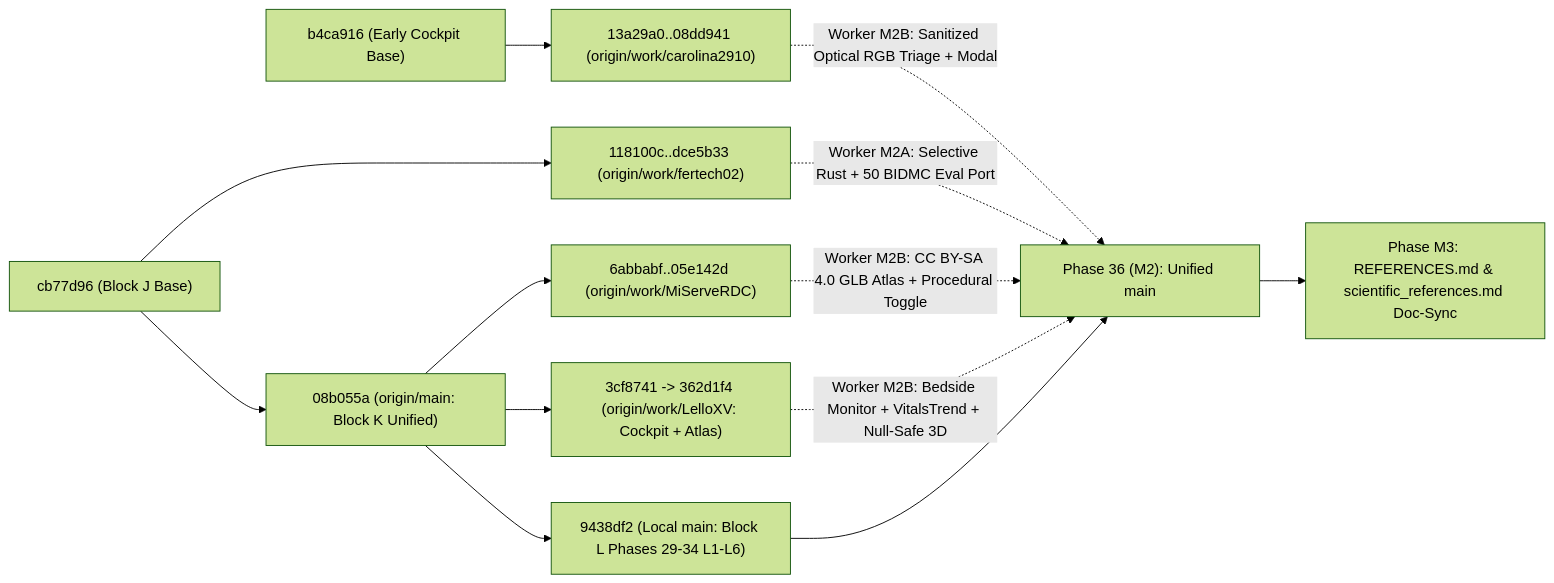
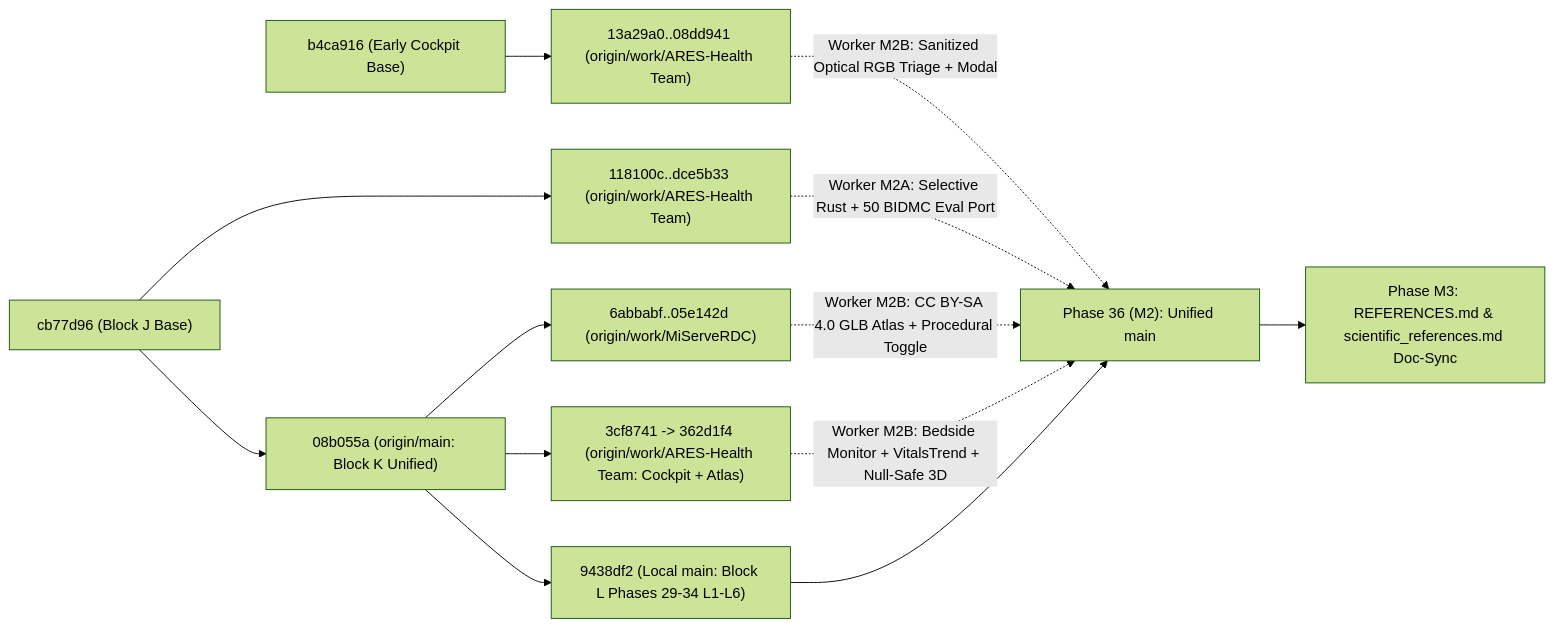
Before and after one commit to MiServeRDC/nasa-space-apps-2026: the first of 3 diagrams in docs/plans/BLOCK_M_MULTI_BRANCH_MERGE_EVALUATION_AND_PATCH_PLAN.md, drawn with Mermaid (forest theme). The commit also changed other lines of this file and 69 other files, not shown here.

````diff
--- a/docs/plans/BLOCK_M_MULTI_BRANCH_MERGE_EVALUATION_AND_PATCH_PLAN.md
+++ b/docs/plans/BLOCK_M_MULTI_BRANCH_MERGE_EVALUATION_AND_PATCH_PLAN.md
@@ -19,15 +19,15 @@
 ```mermaid
 flowchart LR
-  B4["b4ca916 (Early Cockpit Base)"] --> C1["13a29a0..08dd941 (origin/work/carolina2910)"]
-  CB["cb77d96 (Block J Base)"] --> F1["118100c..dce5b33 (origin/work/fertech02)"]
+  B4["b4ca916 (Early Cockpit Base)"] --> C1["13a29a0..08dd941 (origin/work/ARES-Health Team)"]
+  CB["cb77d96 (Block J Base)"] --> F1["118100c..dce5b33 (origin/work/ARES-Health Team)"]
   CB --> K0["08b055a (origin/main: Block K Unified)"]
   K0 --> M1["6abbabf..05e142d (origin/work/MiServeRDC)"]
-  K0 --> L1["3cf8741 -> 362d1f4 (origin/work/LelloXV: Cockpit + Atlas)"]
+  K0 --> L1["3cf8741 -> 362d1f4 (origin/work/ARES-Health Team: Cockpit + Atlas)"]
   K0 --> MAIN["9438df2 (Local main: Block L Phases 29-34 L1-L6)"]
   F1 -. "Worker M2A: Selective Rust + 50 BIDMC Eval Port" .-> M2["Phase 36 (M2): Unified main"]
   M1 -. "Worker M2B: CC BY-SA 4.0 GLB Atlas + Procedural Toggle" .-> M2
   C1 -. "Worker M2B: Sanitized Optical RGB Triage + Modal" .-> M2
   L1 -. "Worker M2B: Bedside Monitor + VitalsTrend + Null-Safe 3D" .-> M2
   MAIN --> M2
   M2 --> M3["Phase M3: REFERENCES.md & scientific_references.md Doc-Sync"]
 ```
````
